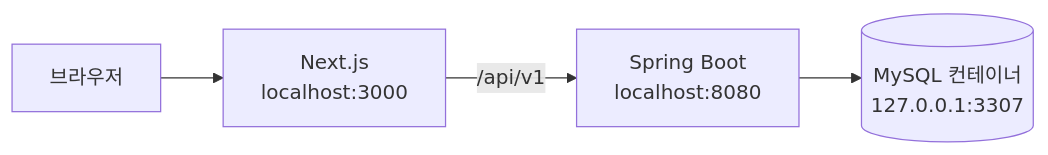
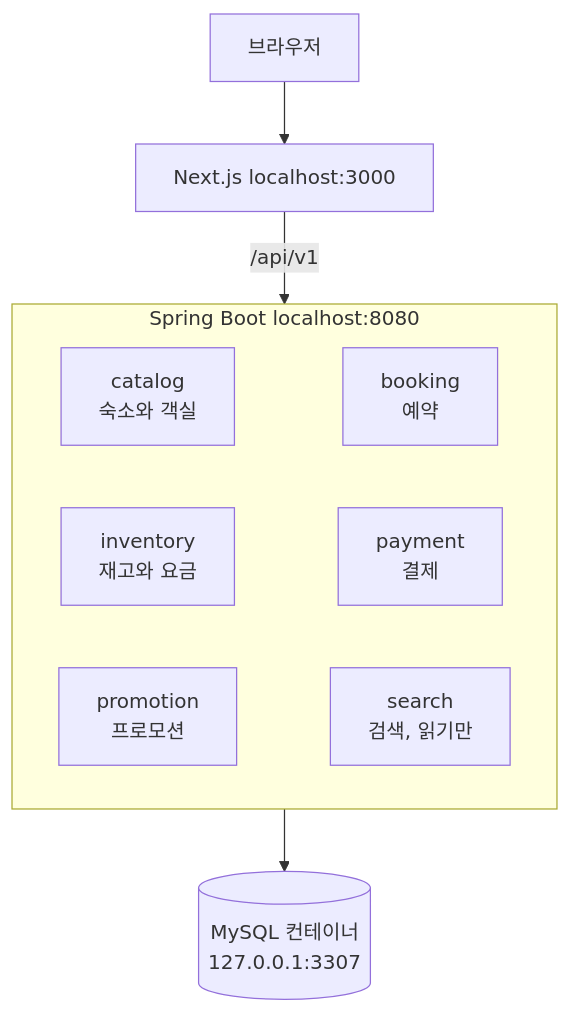
The first of 2 diagrams in README.md (join5201/stay-booking), drawn with Mermaid before and after one commit. The commit also changed other lines of this file, not shown here.

````diff
--- a/README.md
+++ b/README.md
@@ -49,6 +23,10 @@
 ```mermaid
-flowchart LR
-  B["브라우저"] --> N["Next.js<br/>localhost:3000"]
-  N -->|"/api/v1"| S["Spring Boot<br/>localhost:8080"]
+flowchart TB
+  B["브라우저"] --> N["Next.js localhost:3000"] -->|"/api/v1"| S
+  subgraph S["Spring Boot localhost:8080"]
+    CA["catalog<br/>숙소와 객실"] ~~~ BO["booking<br/>예약"]
+    IN["inventory<br/>재고와 요금"] ~~~ PA["payment<br/>결제"]
+    PR["promotion<br/>프로모션"] ~~~ SE["search<br/>검색, 읽기만"]
+  end
   S --> M[("MySQL 컨테이너<br/>127.0.0.1:3307")]
 ```
````
